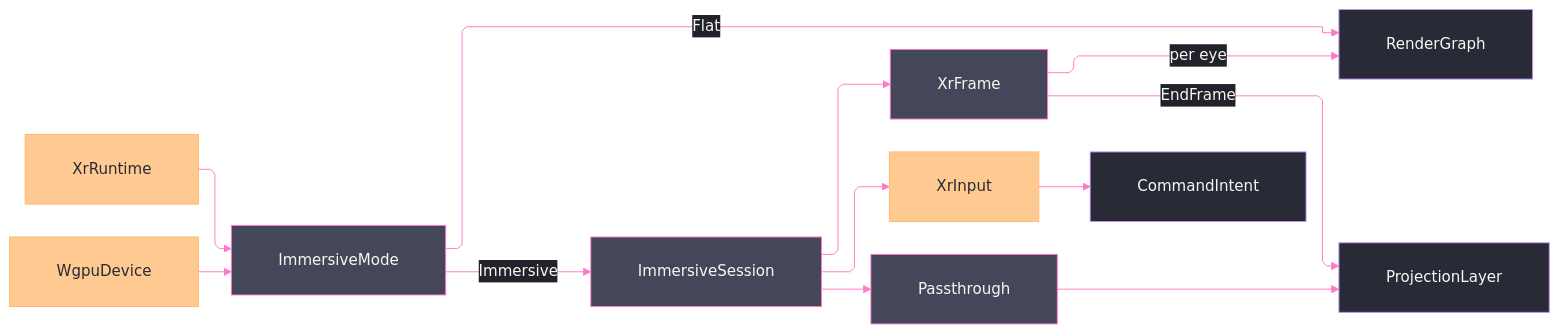
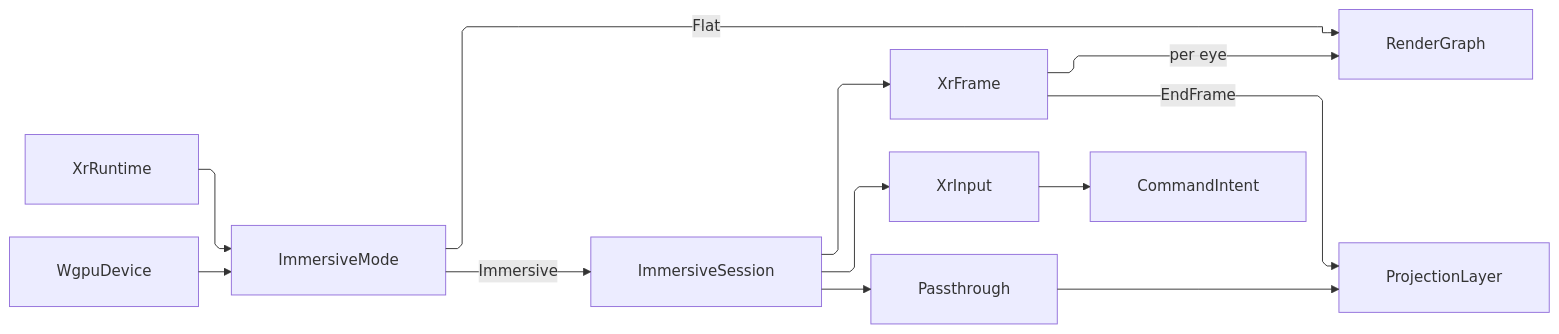
One commit to bsamiee/Rasm changed the diagram in libs/csharp/Rasm.AppUi/.planning/Render/immersive.md. Above: the diagram before and after it, drawn with Mermaid. The commit also changed 324 other files, not shown here.

````diff
--- a/libs/csharp/Rasm.AppUi/.planning/Render/immersive.md
+++ b/libs/csharp/Rasm.AppUi/.planning/Render/immersive.md
@@ -253,45 +253,23 @@
 ```mermaid
 ---
 config:
-  theme: base
-  look: classic
   layout: elk
   flowchart:
     curve: linear
     padding: 25
-  themeVariables:
-    darkMode: true
-    fontFamily: "SF Mono, Menlo, Cascadia Mono, Segoe UI Mono, Consolas, monospace"
-    useGradient: false
-    dropShadow: "none"
-    background: "#282A36"
-    primaryColor: "#44475A"
-    primaryTextColor: "#F8F8F2"
-    primaryBorderColor: "#BD93F9"
-    lineColor: "#FF79C6"
-    textColor: "#F8F8F2"
-    edgeLabelBackground: "#21222C"
-    labelBackgroundColor: "#21222C"
-  themeCSS: ".nodeLabel{font-size:13px;font-weight:500}.edgeLabel{font-size:12px;font-weight:500}.cluster-label .nodeLabel{font-size:13.5px;font-weight:700;letter-spacing:.08em}.edge-thickness-normal{stroke-width:2px}.edge-thickness-thick{stroke-width:3px}.edge-pattern-dashed,.edge-pattern-dotted{stroke-width:1.5px;stroke-dasharray:4 6}.node rect,.node circle,.node polygon,.node path,.node .outer-path{stroke-width:1.5px;filter:none!important}.cluster rect{stroke-width:1px!important;stroke-dasharray:5 4!important;filter:none!important}.marker path{transform:scale(.8);transform-origin:5px 5px}.marker circle{transform:scale(.48);transform-origin:5px 5px}.edgeLabel rect{transform-box:fill-box;transform-origin:center;transform:scale(1.1,1.2)}"
 ---
 flowchart LR
     accTitle: Immersive and flat rendering flow
     accDescr: Runtime availability selects an OpenXR session or the flat render graph while preserving one frame receipt family.
     XrRuntime --> ImmersiveMode
     WgpuDevice --> ImmersiveMode
     ImmersiveMode -->|Immersive| ImmersiveSession
     ImmersiveMode -->|Flat| RenderGraph
     ImmersiveSession --> XrFrame
     XrFrame -->|per eye| RenderGraph
     XrFrame -->|EndFrame| ProjectionLayer
     ImmersiveSession --> XrInput
     XrInput --> CommandIntent
     ImmersiveSession --> Passthrough
     Passthrough --> ProjectionLayer
-    classDef primary fill:#44475A,stroke:#FF79C6,color:#F8F8F2
-    classDef data fill:#FFB86CBF,stroke:#FFB86C,color:#282A36
-    classDef boundary fill:#282A36,stroke:#BD93F9,color:#F8F8F2
-    class ImmersiveMode,ImmersiveSession,XrFrame,Passthrough primary
-    class XrRuntime,WgpuDevice,XrInput data
-    class RenderGraph,ProjectionLayer,CommandIntent boundary
 ```
````
